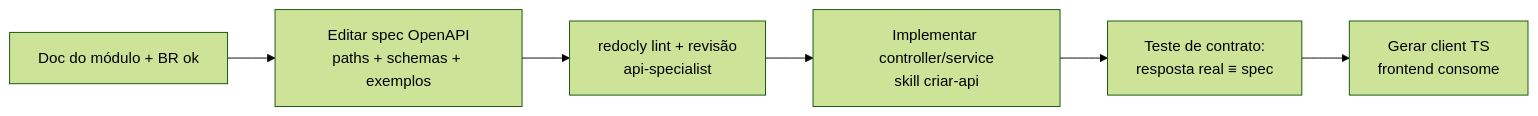
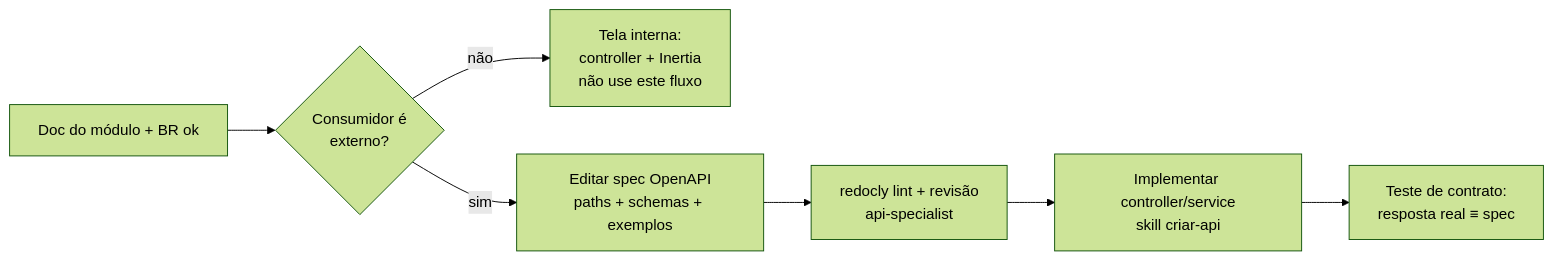
The diagram in docs/07-API/01-fluxo-openapi.md (diegocarlesso/Gestao_Dona_Arteira), drawn with Mermaid (forest theme) before and after one commit. The commit also changed other lines of this file and 4 other files, not shown here.

First line of the commit message:
docs: reescreve 06-Frontend e 07-API para o ADR-0019 (Inertia)

````diff
--- a/docs/07-API/01-fluxo-openapi.md
+++ b/docs/07-API/01-fluxo-openapi.md
@@ -22,8 +24,9 @@
 ```mermaid
 flowchart LR
-    A[Doc do módulo + BR ok] --> B[Editar spec OpenAPI<br/>paths + schemas + exemplos]
+    A[Doc do módulo + BR ok] --> A2{Consumidor é<br/>externo?}
+    A2 -- não --> A3[Tela interna:<br/>controller + Inertia<br/>não use este fluxo]
+    A2 -- sim --> B[Editar spec OpenAPI<br/>paths + schemas + exemplos]
     B --> C[redocly lint + revisão<br/>api-specialist]
     C --> D[Implementar controller/service<br/>skill criar-api]
     D --> E[Teste de contrato:<br/>resposta real ≡ spec]
-    E --> F[Gerar client TS<br/>frontend consome]
 ```
````
